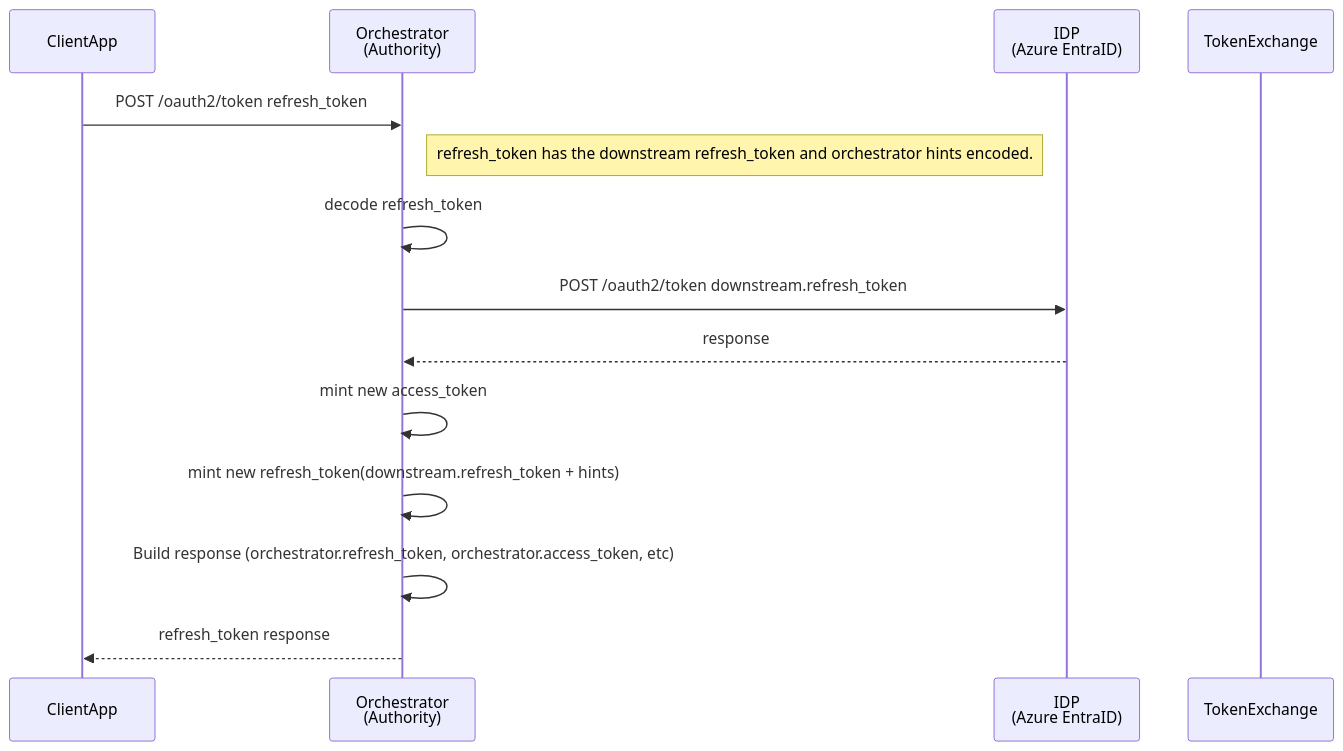
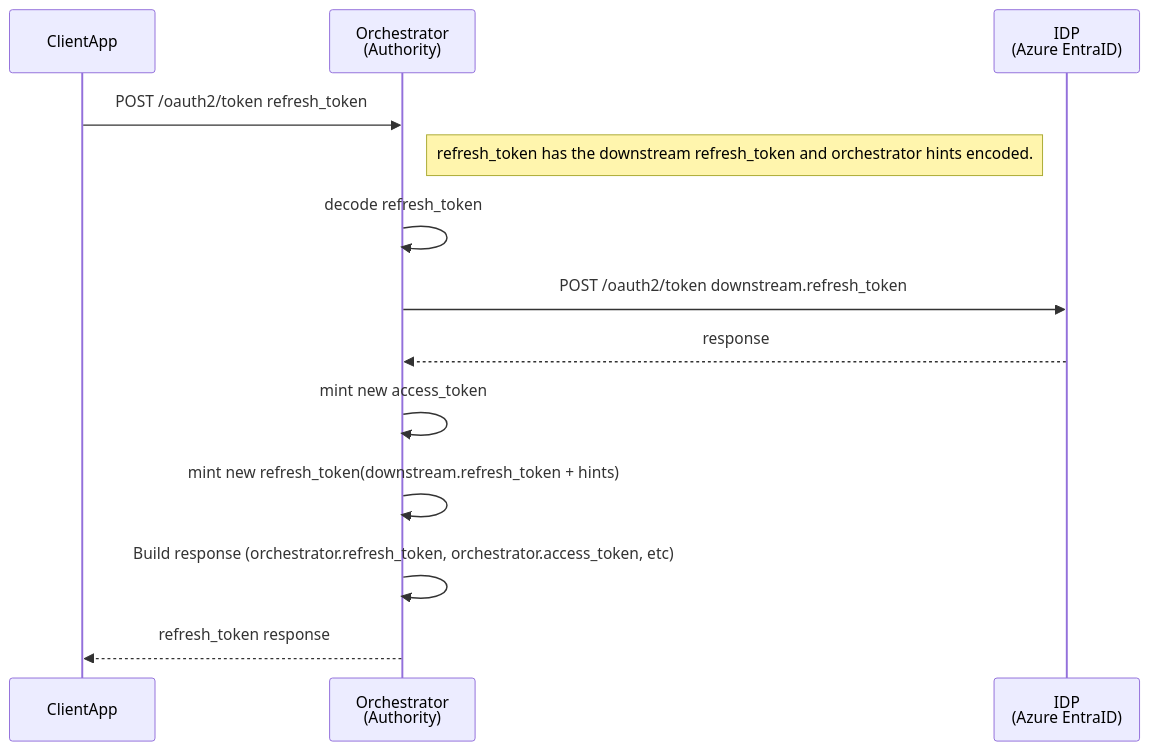
The second of 2 diagrams in README.md (fluffy-bunny/oidc-orchestrator), drawn with Mermaid before and after one commit.

````diff
--- a/README.md
+++ b/README.md
@@ -44,18 +45,17 @@
 ```mermaid
 sequenceDiagram
     participant ClientApp
     participant Orchestrator as Orchestrator<br/>(Authority)
     participant IDP as IDP<br/>(Azure EntraID)
-    participant TokenExchange
-
+ 
     ClientApp->>Orchestrator: POST /oauth2/token  refresh_token
     note right of Orchestrator: refresh_token has the downstream refresh_token and orchestrator hints encoded.
     Orchestrator->>Orchestrator: decode refresh_token
     Orchestrator->>IDP: POST /oauth2/token  downstream.refresh_token
     IDP-->>Orchestrator: response
     Orchestrator->>Orchestrator: mint new access_token
     Orchestrator->>Orchestrator: mint new refresh_token(downstream.refresh_token + hints)
     Orchestrator->>Orchestrator: Build response (orchestrator.refresh_token, orchestrator.access_token, etc)
 
     Orchestrator-->>ClientApp: refresh_token response
 ```
````
